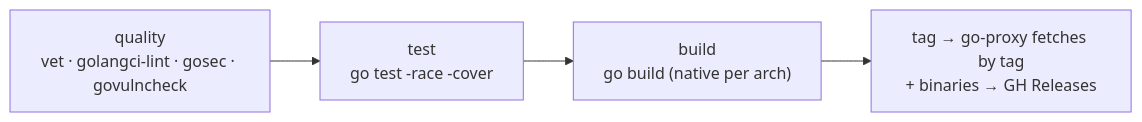
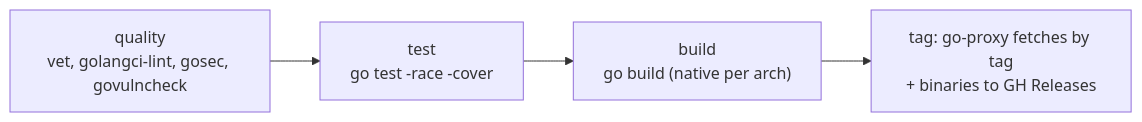
The diagram in docs/languages/go.md (hyperi-io/hyperi-ci), drawn with Mermaid before and after one commit. The commit also changed other lines of this file, not shown here.

Commit message:
docs: point go.md at the binary naming section and make it ASCII

````diff
--- a/docs/languages/go.md
+++ b/docs/languages/go.md
@@ -15,6 +15,6 @@
 ```mermaid
 flowchart LR
-    Q["quality<br/>vet · golangci-lint · gosec · govulncheck"] --> T["test<br/>go test -race -cover"]
+    Q["quality<br/>vet, golangci-lint, gosec, govulncheck"] --> T["test<br/>go test -race -cover"]
     T --> B["build<br/>go build (native per arch)"]
-    B --> R["tag → go-proxy fetches by tag<br/>+ binaries → GH Releases"]
+    B --> R["tag: go-proxy fetches by tag<br/>+ binaries to GH Releases"]
 ```
````
